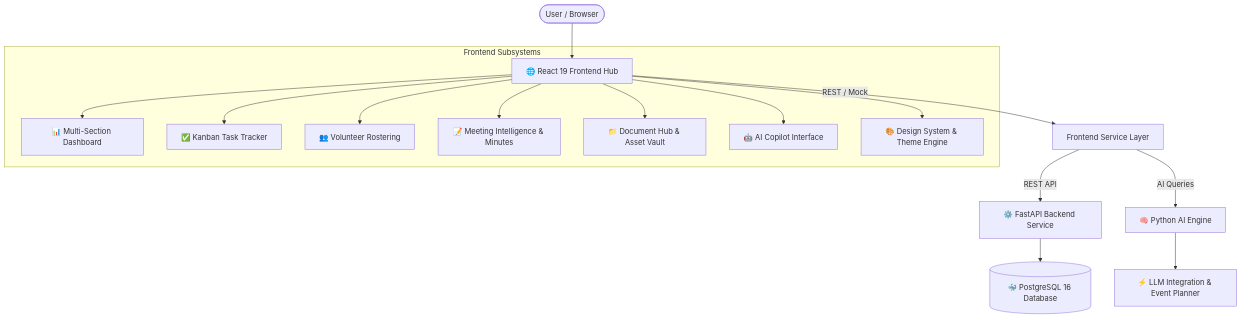
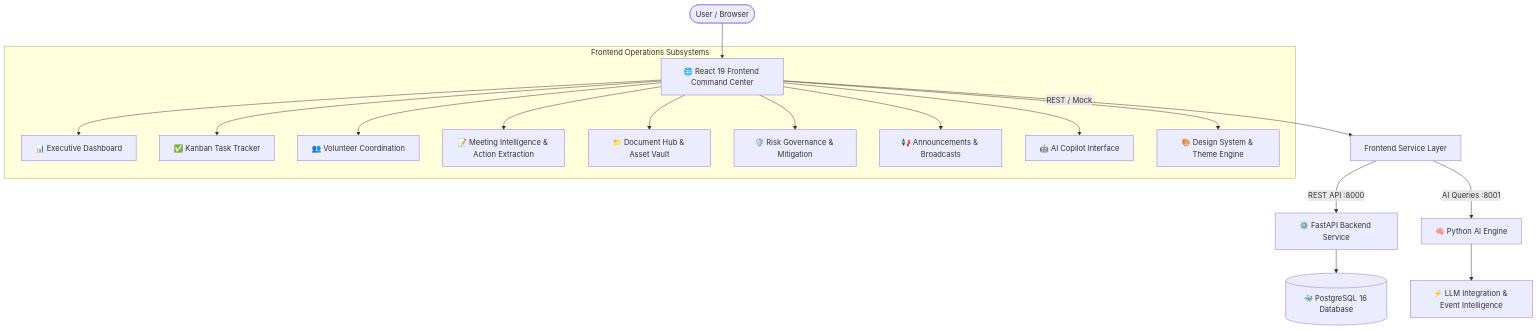
The diagram in README.md (jaiminrangpara17/ClubOps-AI), drawn with Mermaid before and after one commit. The commit also changed other lines of this file and 20 other files, not shown here.

````diff
--- a/README.md
+++ b/README.md
@@ -42,21 +49,23 @@
 ```mermaid
 graph TD
-    User([User / Browser]) --> Frontend[🌐 React 19 Frontend Hub]
+    User([User / Browser]) --> Frontend[🌐 React 19 Frontend Command Center]
     
-    subgraph Frontend Subsystems
-        Frontend --> Dash[📊 Multi-Section Dashboard]
+    subgraph Frontend Operations Subsystems
+        Frontend --> Dash[📊 Executive Dashboard]
         Frontend --> TaskMod[✅ Kanban Task Tracker]
-        Frontend --> VolMod[👥 Volunteer Rostering]
-        Frontend --> MeetMod[📝 Meeting Intelligence & Minutes]
+        Frontend --> VolMod[👥 Volunteer Coordination]
+        Frontend --> MeetMod[📝 Meeting Intelligence & Action Extraction]
         Frontend --> DocMod[📁 Document Hub & Asset Vault]
+        Frontend --> RiskMod[🛡️ Risk Governance & Mitigation]
+        Frontend --> AnnounceMod[📢 Announcements & Broadcasts]
         Frontend --> CopilotUI[🤖 AI Copilot Interface]
         Frontend --> Foundation[🎨 Design System & Theme Engine]
     end
     
     Frontend -->|REST / Mock| ServiceLayer[Frontend Service Layer]
-    ServiceLayer -->|REST API| Backend[⚙️ FastAPI Backend Service]
-    ServiceLayer -->|AI Queries| AIEngine[🧠 Python AI Engine]
+    ServiceLayer -->|REST API :8000| Backend[⚙️ FastAPI Backend Service]
+    ServiceLayer -->|AI Queries :8001| AIEngine[🧠 Python AI Engine]
     
     Backend --> DB[(🐳 PostgreSQL 16 Database)]
-    AIEngine --> LLM[⚡ LLM Integration & Event Planner]
+    AIEngine --> LLM[⚡ LLM Integration & Event Intelligence]
 ```
````
